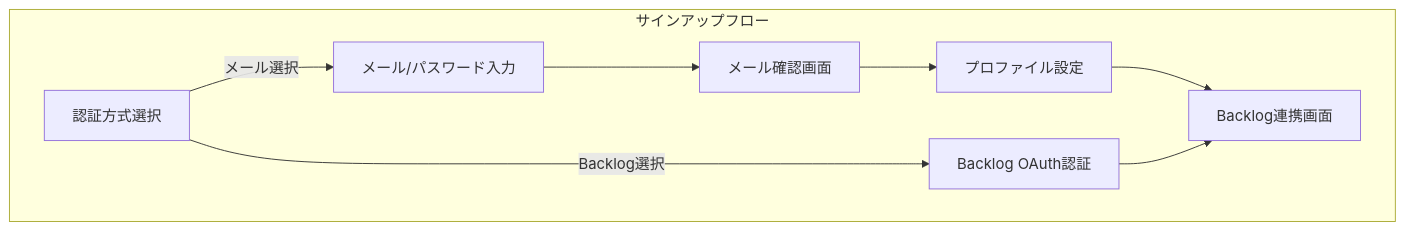
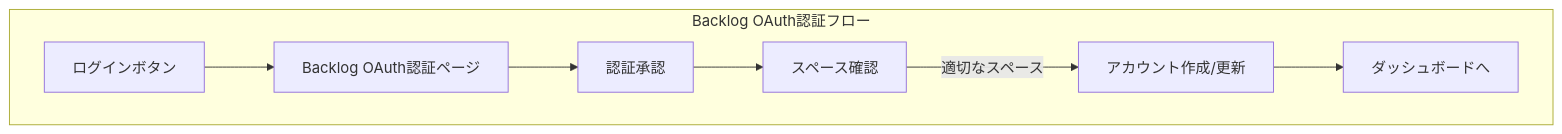
Before and after one commit to rasshii/team-insight: the eighth of 13 diagrams in Doc/mvp.md, drawn with Mermaid. The commit also changed other lines of this file and 1 other file, not shown here.

First line of the commit message:
docs: Update documentation to reflect Backlog OAuth-only authentication

````diff
--- a/Doc/mvp.md
+++ b/Doc/mvp.md
@@ -591,18 +591,17 @@
 ```mermaid
 graph TD
-    subgraph "サインアップフロー"
-        A[認証方式選択]
-        B[メール/パスワード入力]
-        C[Backlog OAuth認証]
-        D[メール確認画面]
-        E[プロファイル設定]
-        F[Backlog連携画面]
+    subgraph "Backlog OAuth認証フロー"
+        A[ログインボタン]
+        B[Backlog OAuth認証ページ]
+        C[認証承認]
+        D[スペース確認]
+        E[アカウント作成/更新]
+        F[ダッシュボードへ]
     end
 
-    A -->|メール選択| B
-    A -->|Backlog選択| C
-    B --> D
-    D --> E
+    A --> B
+    B --> C
+    C --> D
+    D -->|適切なスペース| E
     E --> F
-    C --> F
 ```
````
